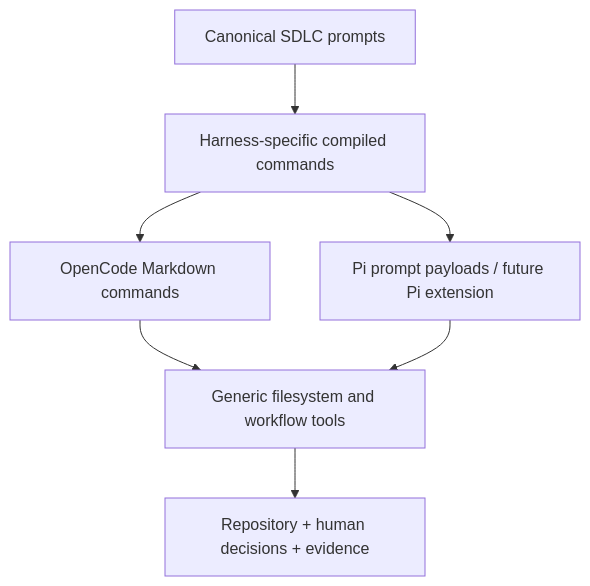
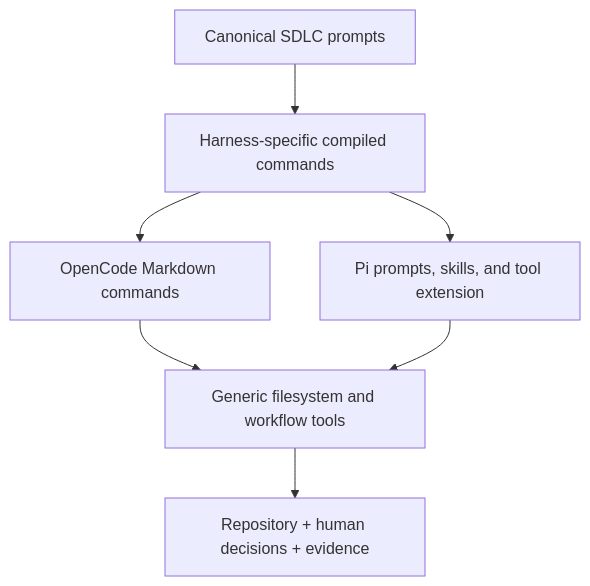
Before and after one commit to dragoscirjan/harnessctl-v2: the first of 2 diagrams in README.md, drawn with Mermaid. The commit also changed other lines of this file and 95 other files, not shown here.

````diff
--- a/README.md
+++ b/README.md
@@ -36,11 +36,11 @@
 ```mermaid
 flowchart TD
     accTitle: harnessctl product layers
     accDescr: Canonical prompts compile into harness-specific commands that use generic tools to produce human-governed repository records and evidence.
     prompts[Canonical SDLC prompts] --> commands[Harness-specific compiled commands]
     commands --> opencode[OpenCode Markdown commands]
-    commands --> pi[Pi prompt payloads / future Pi extension]
+    commands --> pi[Pi prompts, skills, and tool extension]
     opencode --> tools[Generic filesystem and workflow tools]
     pi --> tools
     tools --> record[Repository + human decisions + evidence]
 ```
````
